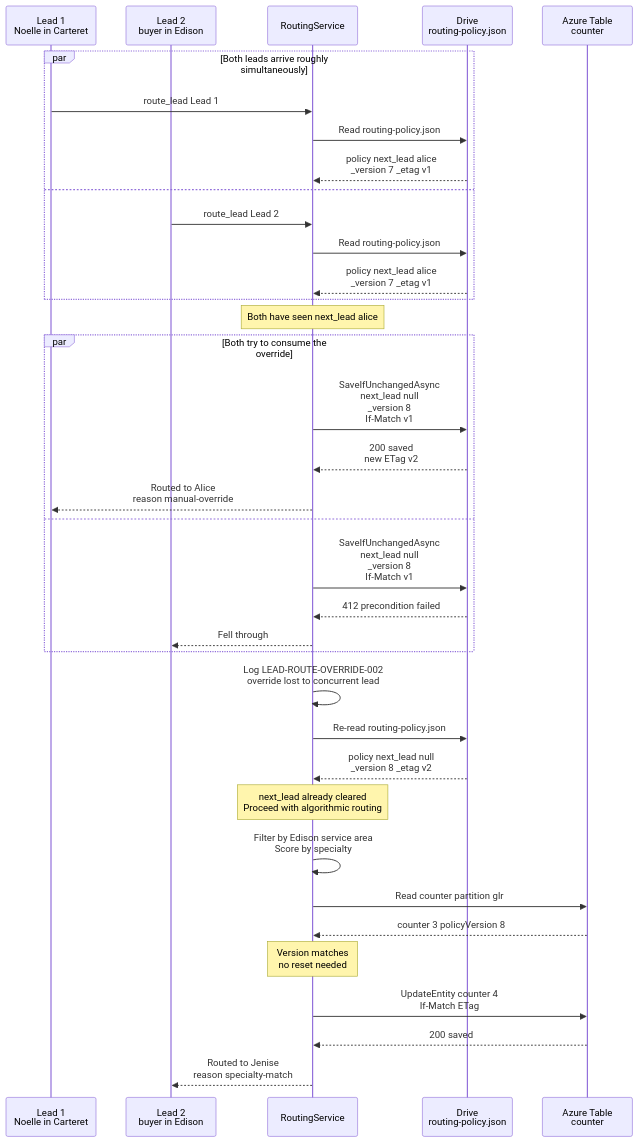
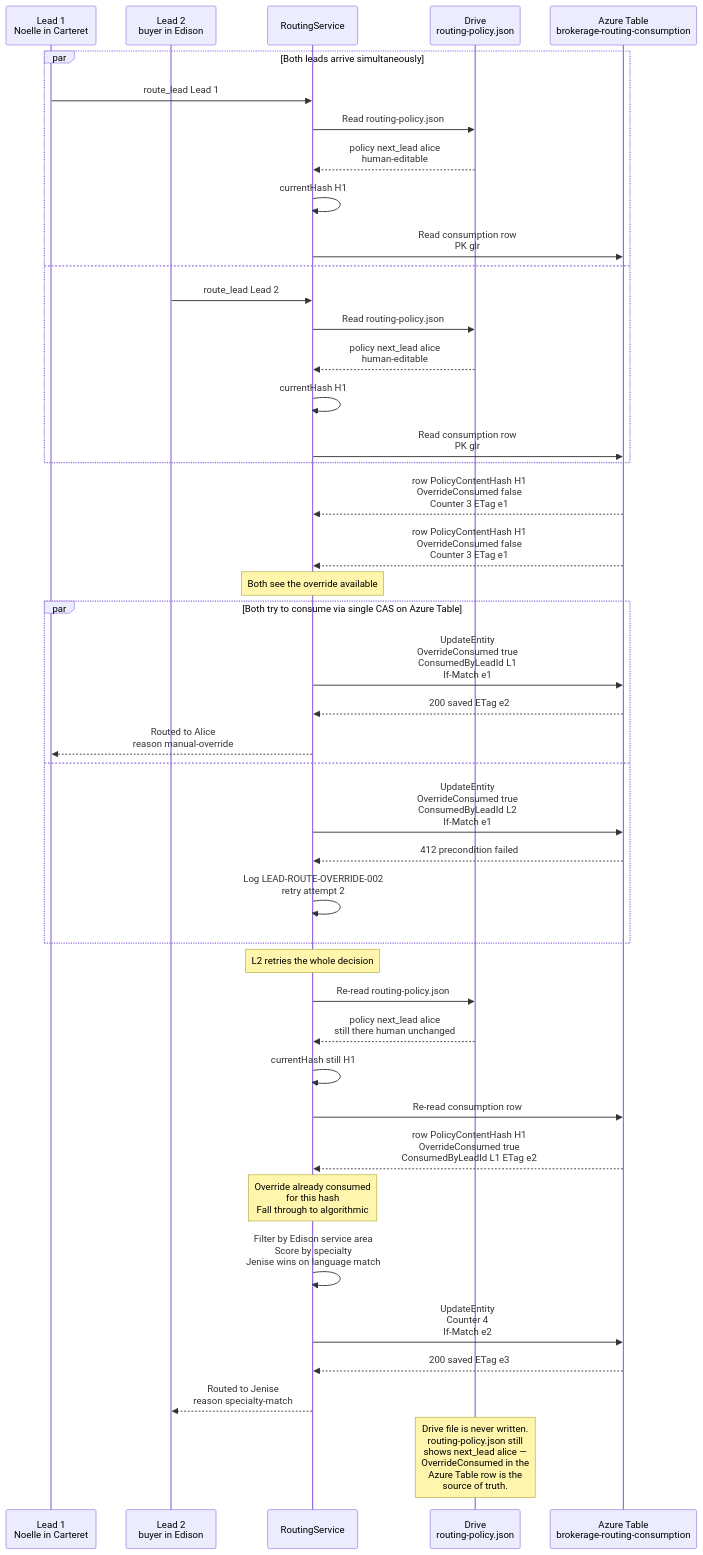
One commit to edward-rosado/jenisesells-website changed the diagram in docs/architecture/routing-policy-next-lead-cas.md. Above: the diagram before and after it, drawn with Mermaid. The commit also changed other lines of this file and 1 other file, not shown here.

First paragraph of the commit message:
docs: R4 accuracy pass on agent site spec — fix CAS fabrication, EHO nuance
R3 contained four claims that did not match the codebase on feat/azure-cost-reduction.
R4 is a verification pass that fixes each one with file-path evidence.

````diff
--- a/docs/architecture/routing-policy-next-lead-cas.md
+++ b/docs/architecture/routing-policy-next-lead-cas.md
@@ -5,39 +5,46 @@
 ```mermaid
 sequenceDiagram
     participant L1 as Lead 1<br/>Noelle in Carteret
     participant L2 as Lead 2<br/>buyer in Edison
     participant R as RoutingService
     participant D as Drive<br/>routing-policy.json
-    participant T as Azure Table<br/>counter
+    participant T as Azure Table<br/>brokerage-routing-consumption
 
-    par Both leads arrive roughly simultaneously
+    par Both leads arrive simultaneously
         L1->>R: route_lead Lead 1
         R->>D: Read routing-policy.json
-        D-->>R: policy next_lead alice<br/>_version 7 _etag v1
+        D-->>R: policy next_lead alice<br/>human-editable
+        R->>R: currentHash H1
+        R->>T: Read consumption row<br/>PK glr
     and
         L2->>R: route_lead Lead 2
         R->>D: Read routing-policy.json
-        D-->>R: policy next_lead alice<br/>_version 7 _etag v1
+        D-->>R: policy next_lead alice<br/>human-editable
+        R->>R: currentHash H1
+        R->>T: Read consumption row<br/>PK glr
     end
-    Note over R: Both have seen next_lead alice
-    par Both try to consume the override
-        R->>D: SaveIfUnchangedAsync<br/>next_lead null<br/>_version 8<br/>If-Match v1
-        D-->>R: 200 saved<br/>new ETag v2
+    T-->>R: row PolicyContentHash H1<br/>OverrideConsumed false<br/>Counter 3 ETag e1
+    T-->>R: row PolicyContentHash H1<br/>OverrideConsumed false<br/>Counter 3 ETag e1
+    Note over R: Both see the override available
+    par Both try to consume via single CAS on Azure Table
+        R->>T: UpdateEntity<br/>OverrideConsumed true<br/>ConsumedByLeadId L1<br/>If-Match e1
+        T-->>R: 200 saved ETag e2
         R-->>L1: Routed to Alice<br/>reason manual-override
     and
-        R->>D: SaveIfUnchangedAsync<br/>next_lead null<br/>_version 8<br/>If-Match v1
-        D-->>R: 412 precondition failed
-        R-->>L2: Fell through
+        R->>T: UpdateEntity<br/>OverrideConsumed true<br/>ConsumedByLeadId L2<br/>If-Match e1
+        T-->>R: 412 precondition failed
+        R->>R: Log LEAD-ROUTE-OVERRIDE-002<br/>retry attempt 2
     end
-    R->>R: Log LEAD-ROUTE-OVERRIDE-002<br/>override lost to concurrent lead
+    Note over R: L2 retries the whole decision
     R->>D: Re-read routing-policy.json
-    D-->>R: policy next_lead null<br/>_version 8 _etag v2
-    Note over R: next_lead already cleared<br/>Proceed with algorithmic routing
-    R->>R: Filter by Edison service area<br/>Score by specialty
-    R->>T: Read counter partition glr
-    T-->>R: counter 3 policyVersion 8
-    Note over R: Version matches<br/>no reset needed
-    R->>T: UpdateEntity counter 4<br/>If-Match ETag
-    T-->>R: 200 saved
+    D-->>R: policy next_lead alice<br/>still there human unchanged
+    R->>R: currentHash still H1
+    R->>T: Re-read consumption row
+    T-->>R: row PolicyContentHash H1<br/>OverrideConsumed true<br/>ConsumedByLeadId L1 ETag e2
+    Note over R: Override already consumed<br/>for this hash<br/>Fall through to algorithmic
+    R->>R: Filter by Edison service area<br/>Score by specialty<br/>Jenise wins on language match
+    R->>T: UpdateEntity<br/>Counter 4<br/>If-Match e2
+    T-->>R: 200 saved ETag e3
     R-->>L2: Routed to Jenise<br/>reason specialty-match
+    Note over D: Drive file is never written.<br/>routing-policy.json still<br/>shows next_lead alice —<br/>OverrideConsumed in the<br/>Azure Table row is the<br/>source of truth.
 ```
````
